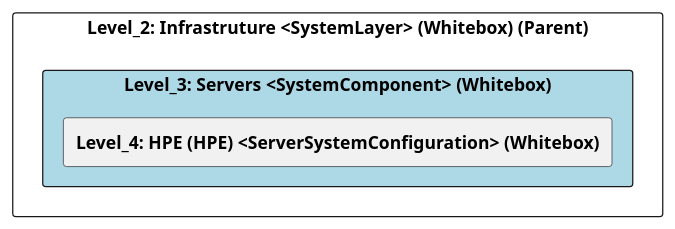
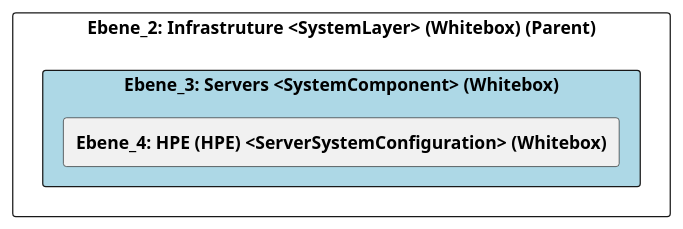
The diagram in src/cleon.architecturemethods.arc42.sample/doc/cleon_architecturemethods_arc42_sample_system/adoc/de/05_bausteinsicht/ikt/infrastruture/servers/ebene_3_servers.adoc (marcozwyssig/cleon), drawn with PlantUML before and after one commit. The commit also changed other lines of this file and 214 other files, not shown here.

```diff
--- a/src/cleon.architecturemethods.arc42.sample/doc/cleon_architecturemethods_arc42_sample_system/adoc/de/05_bausteinsicht/ikt/infrastruture/servers/ebene_3_servers.adoc
+++ b/src/cleon.architecturemethods.arc42.sample/doc/cleon_architecturemethods_arc42_sample_system/adoc/de/05_bausteinsicht/ikt/infrastruture/servers/ebene_3_servers.adoc
@@ -20,26 +20,26 @@
-[plantuml, Level_3: Servers <SystemComponent> (Whitebox)BlockOverview, format="svg"]
+[plantuml, Ebene_3: Servers <SystemComponent> (Whitebox)BlockOverview, format="svg"]
 ----
-@startuml Level_3: Servers <SystemComponent> (Whitebox)BuildingBlockOverview
+@startuml Ebene_3: Servers <SystemComponent> (Whitebox)BuildingBlockOverview
 
 skinparam ranksep 10
 skinparam componentStyle rectangle
 skinparam shadowing false
 skinparam arrowColor lightblue
 skinparam arrowThickness 1.2
 skinparam rectangle {
   BackgroundColor White
   BorderColor #333
   RoundCorner 10
 }
 top to bottom direction
 
-component "Level_2: Infrastruture <SystemLayer> (Whitebox) (Parent)" {
-    component "Level_3: Servers <SystemComponent> (Whitebox)" #lightblue {
-        [**Level_4: HPE (HPE) <ServerSystemConfiguration> (Whitebox)**] as B582462C_BEE0_11EF_B498_058EE446F8E7
+component "Ebene_2: Infrastruture <SystemLayer> (Whitebox) (Parent)" {
+    component "Ebene_3: Servers <SystemComponent> (Whitebox)" #lightblue {
+        [**Ebene_4: HPE (HPE) <ServerSystemConfiguration> (Whitebox)**] as B582462C_BEE0_11EF_B498_058EE446F8E7
     }
 
     
 }
 
 @enduml
 ----
```
